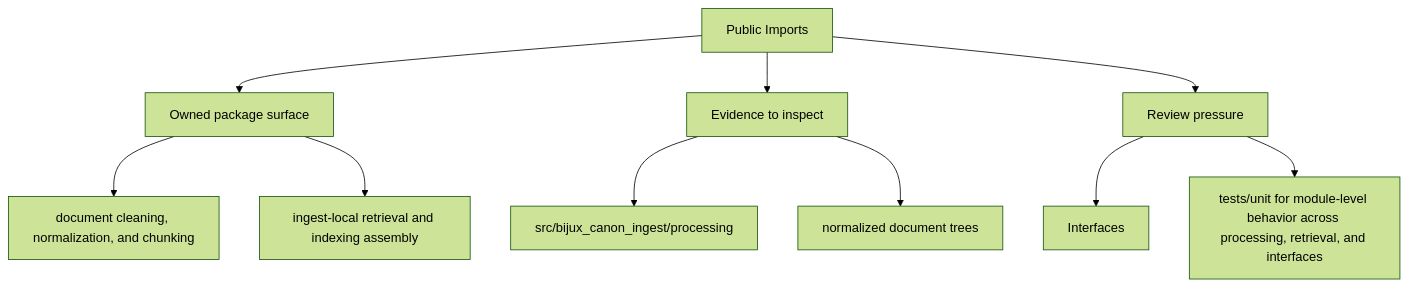
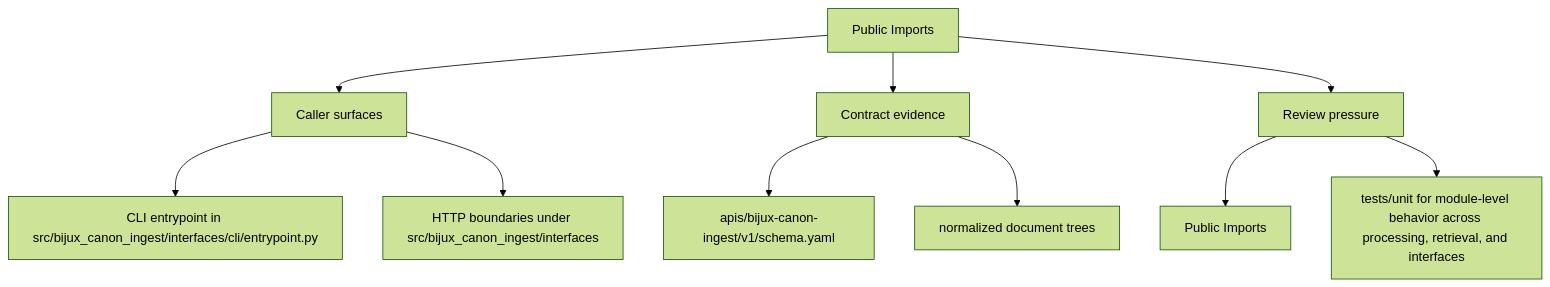
One commit to bijux/bijux-canon changed the second of 2 diagrams in docs/bijux-canon-ingest/interfaces/public-imports.md. Above: the diagram before and after it, drawn with Mermaid (forest theme). The commit also changed other lines of this file and 250 other files, not shown here.

Commit message:
docs(diagrams): make product page maps more readable

````diff
--- a/docs/bijux-canon-ingest/interfaces/public-imports.md
+++ b/docs/bijux-canon-ingest/interfaces/public-imports.md
@@ -35,22 +35,22 @@
 ```mermaid
 flowchart TD
     page["Public Imports"]
-    focus1["Owned package surface"]
+    focus1["Caller surfaces"]
     page --> focus1
-    focus1_1["document cleaning, normalization, and chunking"]
+    focus1_1["CLI entrypoint in src/bijux_canon_ingest/interfaces/cli/entrypoint.py"]
     focus1 --> focus1_1
-    focus1_2["ingest-local retrieval and indexing assembly"]
+    focus1_2["HTTP boundaries under src/bijux_canon_ingest/interfaces"]
     focus1 --> focus1_2
-    focus2["Evidence to inspect"]
+    focus2["Contract evidence"]
     page --> focus2
-    focus2_1["src/bijux_canon_ingest/processing"]
+    focus2_1["apis/bijux-canon-ingest/v1/schema.yaml"]
     focus2 --> focus2_1
     focus2_2["normalized document trees"]
     focus2 --> focus2_2
     focus3["Review pressure"]
     page --> focus3
-    focus3_1["Interfaces"]
+    focus3_1["Public Imports"]
     focus3 --> focus3_1
     focus3_2["tests/unit for module-level behavior across processing, retrieval, and interfaces"]
     focus3 --> focus3_2
 ```
````
